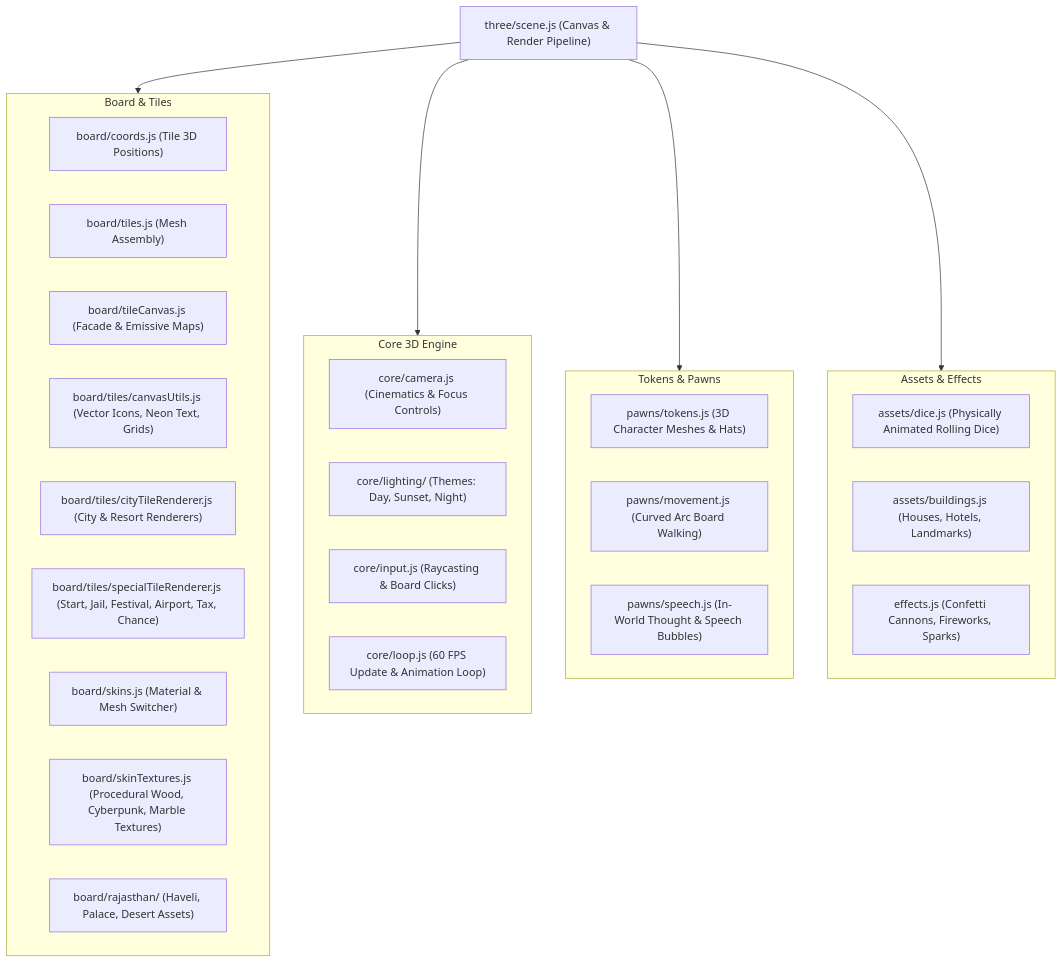
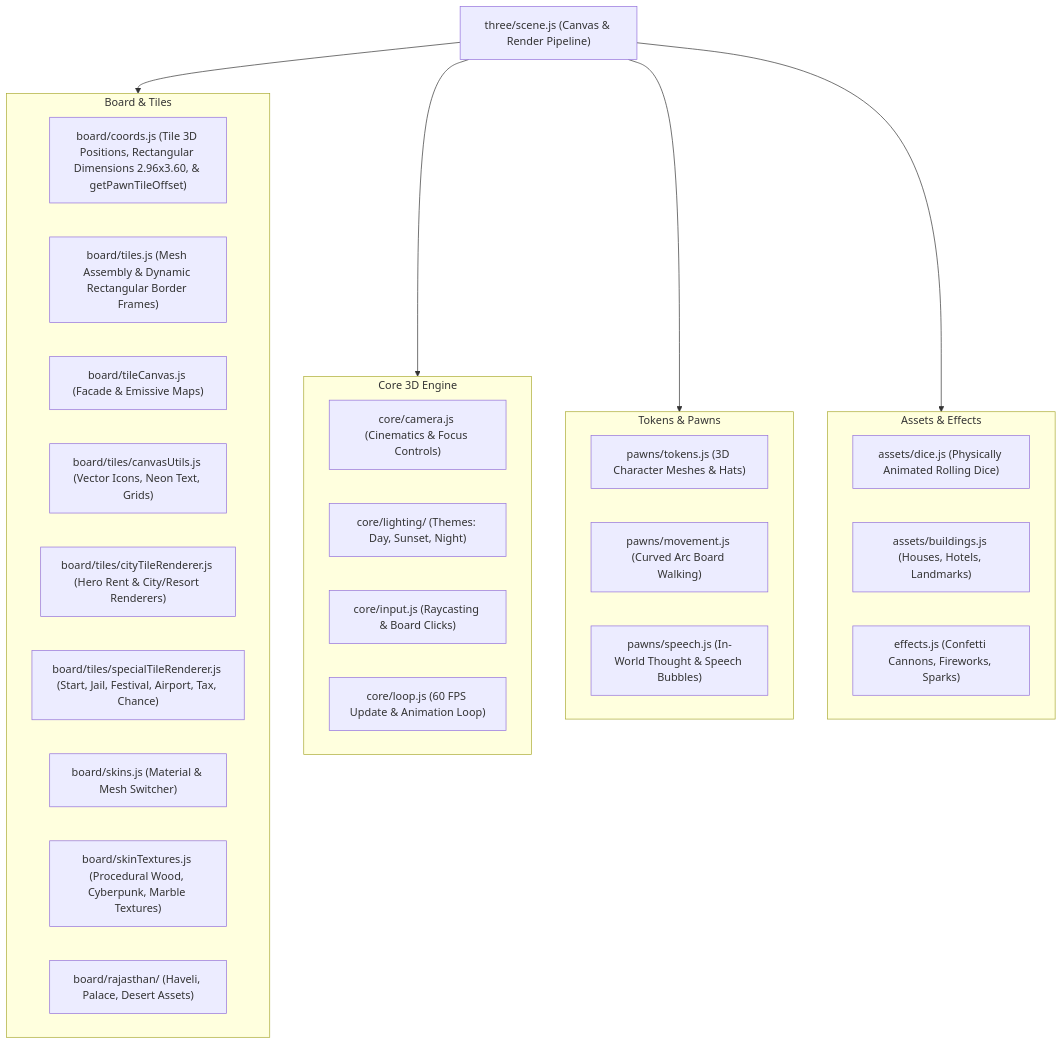
The third of 4 diagrams in MINDMAP.md (Naman5981/Monopoly), drawn with Mermaid before and after one commit. The commit also changed other lines of this file and 67 other files, not shown here.

Commit message:
feat(board): elongate board tiles into margin, add hero rent typography, and update Rajasthan edition

````diff
--- a/MINDMAP.md
+++ b/MINDMAP.md
@@ -174,40 +180,40 @@
 ```mermaid
 flowchart TD
     ThreeRoot["three/scene.js (Canvas & Render Pipeline)"]
 
     subgraph BoardSub ["Board & Tiles"]
-        Coords["board/coords.js (Tile 3D Positions)"]
-        Tiles["board/tiles.js (Mesh Assembly)"]
+        Coords["board/coords.js (Tile 3D Positions, Rectangular Dimensions 2.96x3.60, & getPawnTileOffset)"]
+        Tiles["board/tiles.js (Mesh Assembly & Dynamic Rectangular Border Frames)"]
         TileCanvas["board/tileCanvas.js (Facade & Emissive Maps)"]
         TileCanvasUtils["board/tiles/canvasUtils.js (Vector Icons, Neon Text, Grids)"]
-        CityTileRenderer["board/tiles/cityTileRenderer.js (City & Resort Renderers)"]
+        CityTileRenderer["board/tiles/cityTileRenderer.js (Hero Rent & City/Resort Renderers)"]
         SpecialTileRenderer["board/tiles/specialTileRenderer.js (Start, Jail, Festival, Airport, Tax, Chance)"]
         Skins["board/skins.js (Material & Mesh Switcher)"]
         SkinTextures["board/skinTextures.js (Procedural Wood, Cyberpunk, Marble Textures)"]
         Rajasthan["board/rajasthan/ (Haveli, Palace, Desert Assets)"]
     end
 
     subgraph CoreSub ["Core 3D Engine"]
         Camera["core/camera.js (Cinematics & Focus Controls)"]
         Lighting["core/lighting/ (Themes: Day, Sunset, Night)"]
         Input["core/input.js (Raycasting & Board Clicks)"]
         Loop["core/loop.js (60 FPS Update & Animation Loop)"]
     end
 
     subgraph PawnsSub ["Tokens & Pawns"]
         Tokens["pawns/tokens.js (3D Character Meshes & Hats)"]
         Movement["pawns/movement.js (Curved Arc Board Walking)"]
         Speech["pawns/speech.js (In-World Thought & Speech Bubbles)"]
     end
 
     subgraph AssetsSub ["Assets & Effects"]
         Dice["assets/dice.js (Physically Animated Rolling Dice)"]
         Buildings["assets/buildings.js (Houses, Hotels, Landmarks)"]
         Effects["effects.js (Confetti Cannons, Fireworks, Sparks)"]
     end
 
     ThreeRoot --> BoardSub
     ThreeRoot --> CoreSub
     ThreeRoot --> PawnsSub
     ThreeRoot --> AssetsSub
 ```
````
